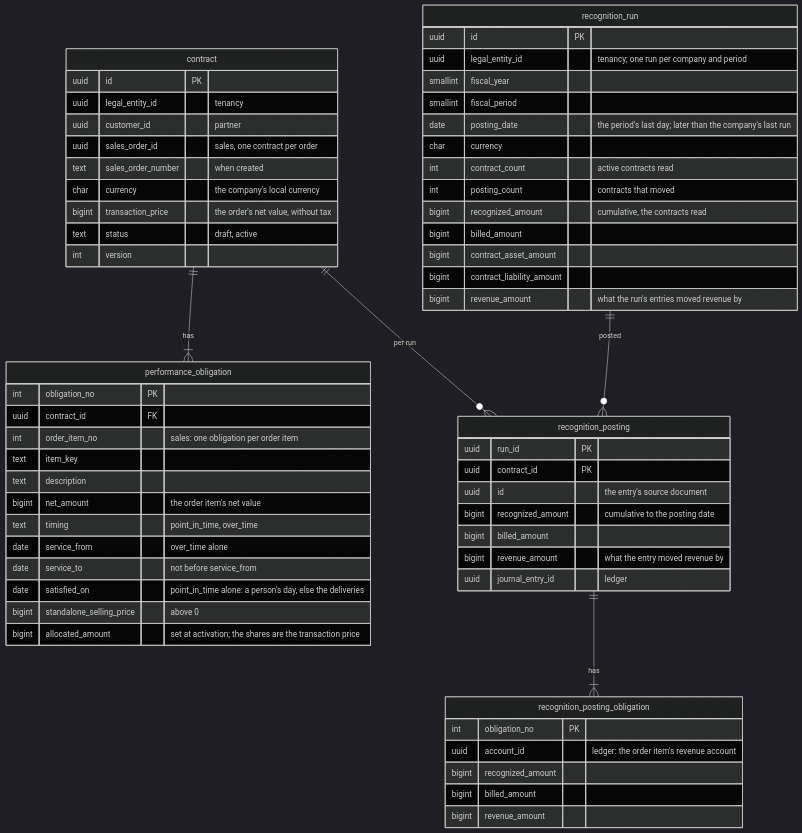
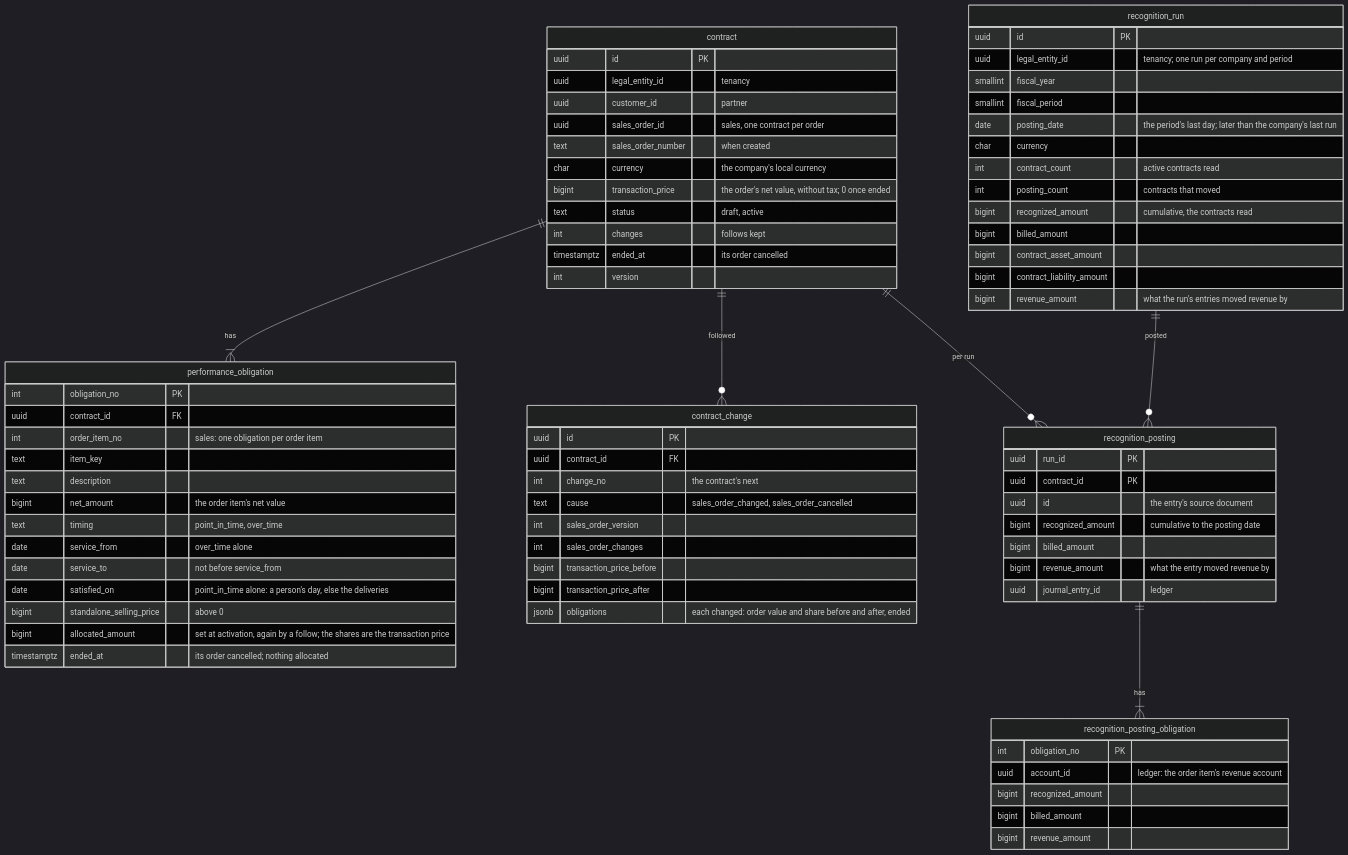
Before and after one commit to mustie7iy/agentic-erp: diagram 18 of 20 in docs/design/03-data-model.md, drawn with Mermaid (dark theme). The commit also changed other lines of this file and 31 other files, not shown here.

First line of the commit message:
T81e: a revenue contract follows its sales order's change and cancellation (migration 000363)

````diff
--- a/docs/design/03-data-model.md
+++ b/docs/design/03-data-model.md
@@ -5474,53 +5476,66 @@
 ```mermaid
 erDiagram
   contract ||--|{ performance_obligation : "has"
+  contract ||--o{ contract_change : "followed"
   contract { uuid id PK
     uuid legal_entity_id "tenancy"
     uuid customer_id "partner"
     uuid sales_order_id "sales, one contract per order"
     text sales_order_number "when created"
     char currency "the company's local currency"
-    bigint transaction_price "the order's net value, without tax"
+    bigint transaction_price "the order's net value, without tax; 0 once ended"
     text status "draft, active"
+    int changes "follows kept"
+    timestamptz ended_at "its order cancelled"
     int version }
+  contract_change { uuid id PK
+    uuid contract_id FK
+    int change_no "the contract's next"
+    text cause "sales_order_changed, sales_order_cancelled"
+    int sales_order_version
+    int sales_order_changes
+    bigint transaction_price_before
+    bigint transaction_price_after
+    jsonb obligations "each changed: order value and share before and after, ended" }
   performance_obligation { int obligation_no PK
     uuid contract_id FK
     int order_item_no "sales: one obligation per order item"
     text item_key
     text description
     bigint net_amount "the order item's net value"
     text timing "point_in_time, over_time"
     date service_from "over_time alone"
     date service_to "not before service_from"
     date satisfied_on "point_in_time alone: a person's day, else the deliveries"
     bigint standalone_selling_price "above 0"
-    bigint allocated_amount "set at activation; the shares are the transaction price" }
+    bigint allocated_amount "set at activation, again by a follow; the shares are the transaction price"
+    timestamptz ended_at "its order cancelled; nothing allocated" }
   recognition_run ||--o{ recognition_posting : "posted"
   contract ||--o{ recognition_posting : "per run"
   recognition_posting ||--|{ recognition_posting_obligation : "has"
   recognition_run { uuid id PK
     uuid legal_entity_id "tenancy; one run per company and period"
     smallint fiscal_year
     smallint fiscal_period
     date posting_date "the period's last day; later than the company's last run"
     char currency
     int contract_count "active contracts read"
     int posting_count "contracts that moved"
     bigint recognized_amount "cumulative, the contracts read"
     bigint billed_amount
     bigint contract_asset_amount
     bigint contract_liability_amount
     bigint revenue_amount "what the run's entries moved revenue by" }
   recognition_posting { uuid run_id PK
     uuid contract_id PK
     uuid id "the entry's source document"
     bigint recognized_amount "cumulative to the posting date"
     bigint billed_amount
     bigint revenue_amount "what the entry moved revenue by"
     uuid journal_entry_id "ledger" }
   recognition_posting_obligation { int obligation_no PK
     uuid account_id "ledger: the order item's revenue account"
     bigint recognized_amount
     bigint billed_amount
     bigint revenue_amount }
 ```
````
